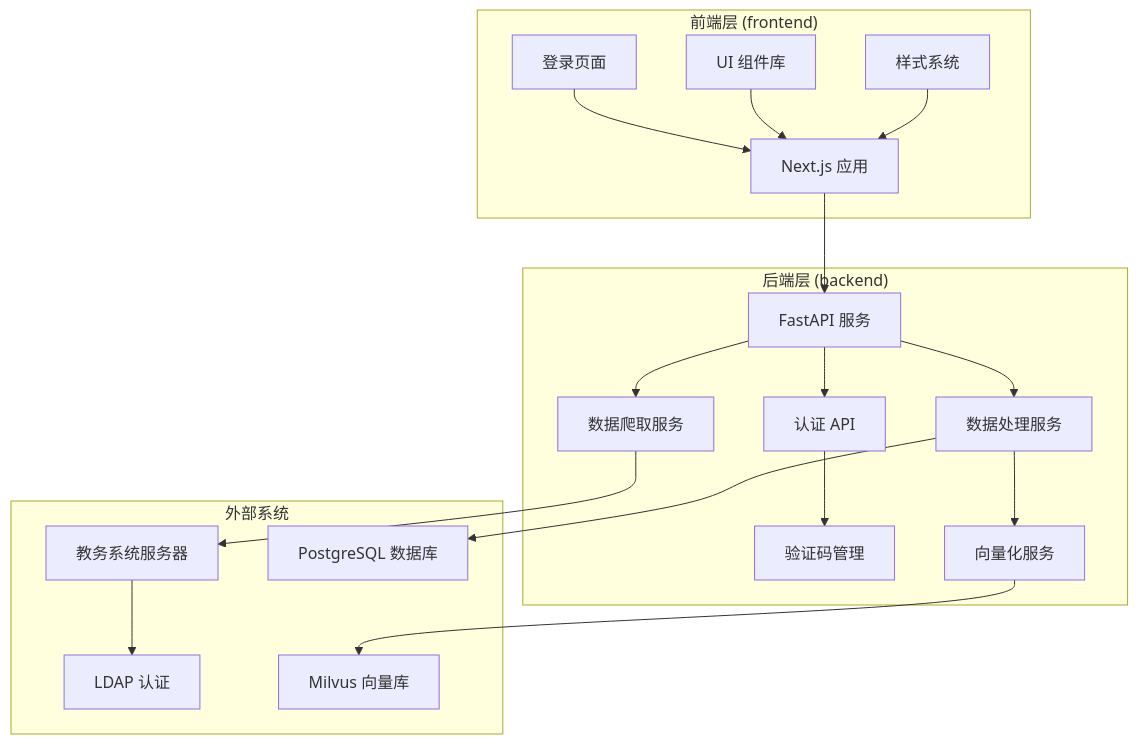
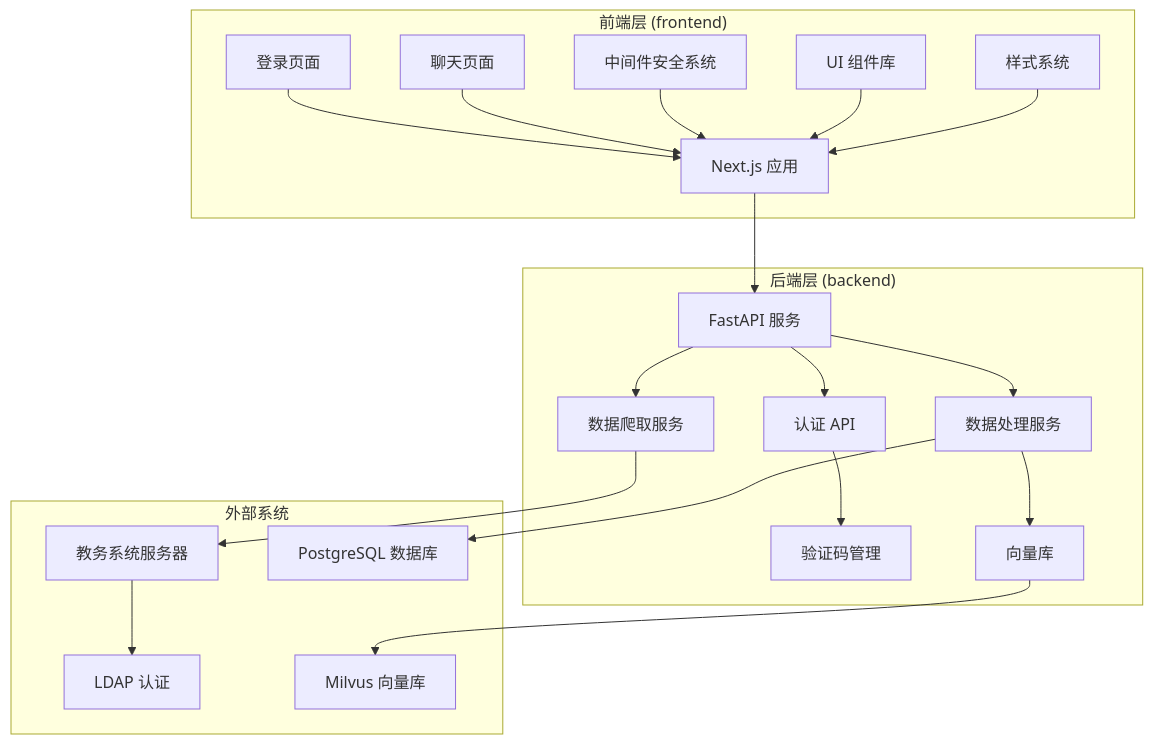
The first of 12 diagrams in .qoder/repowiki/zh/content/前端应用文档/登录页面与认证流程.md (ghbbn053-ship-itsoulddog/soulddog), drawn with Mermaid before and after one commit. The commit also changed other lines of this file and 6 other files, not shown here.

````diff
--- a/.qoder/repowiki/zh/content/前端应用文档/登录页面与认证流程.md
+++ b/.qoder/repowiki/zh/content/前端应用文档/登录页面与认证流程.md
@@ -61,36 +65,40 @@
 ```mermaid
 graph TB
 subgraph "前端层 (frontend)"
 A[Next.js 应用]
 B[登录页面]
-C[UI 组件库]
-D[样式系统]
+C[聊天页面]
+D[中间件安全系统]
+E[UI 组件库]
+F[样式系统]
 end
 subgraph "后端层 (backend)"
-E[FastAPI 服务]
-F[认证 API]
-G[数据爬取服务]
-H[验证码管理]
-I[数据处理服务]
-J[向量化服务]
+G[FastAPI 服务]
+H[认证 API]
+I[数据爬取服务]
+J[验证码管理]
+K[数据处理服务]
+L[向量库]
 end
 subgraph "外部系统"
-K[教务系统服务器]
-L[LDAP 认证]
-M[Milvus 向量库]
-N[PostgreSQL 数据库]
+M[教务系统服务器]
+N[LDAP 认证]
+O[Milvus 向量库]
+P[PostgreSQL 数据库]
 end
-A --> E
+A --> G
 B --> A
 C --> A
 D --> A
-E --> F
-E --> G
-E --> I
-F --> H
+E --> A
+F --> A
+G --> H
+G --> I
 G --> K
-I --> J
-I --> N
-J --> M
+H --> J
+I --> M
 K --> L
+K --> P
+L --> O
+M --> N
 ```
````
